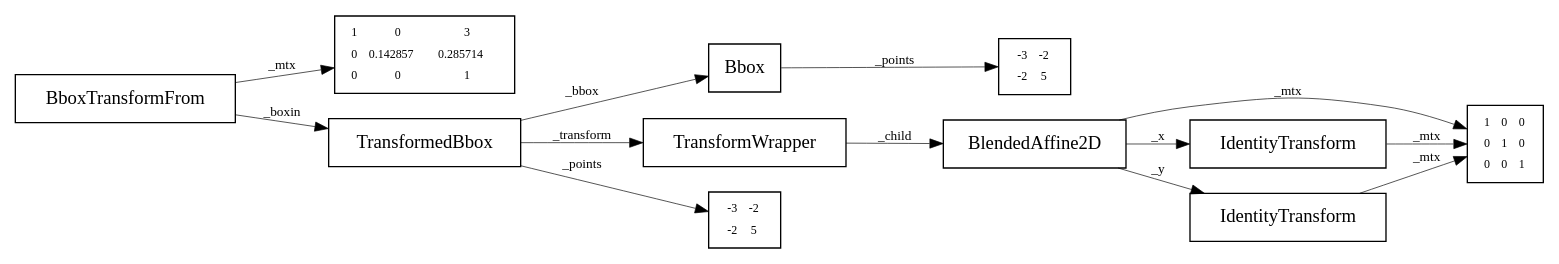
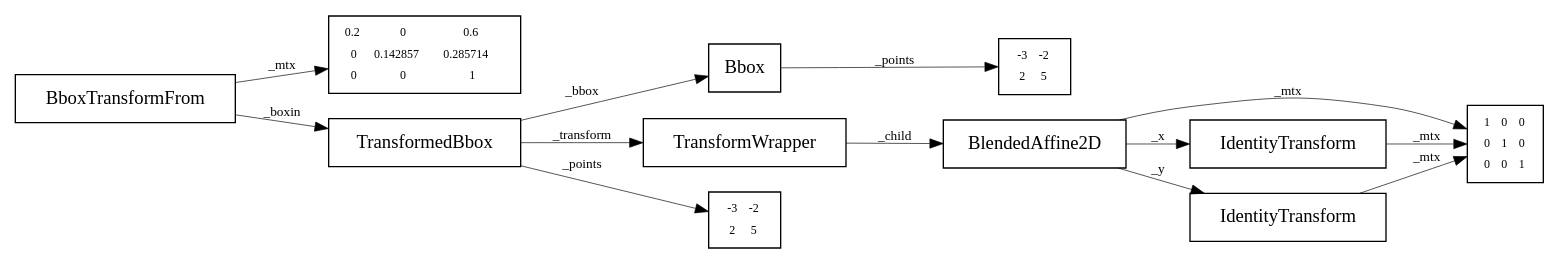
One commit to id0ma1no/ug-python changed the diagram in py-scientific-computing/04-matplotlib/data/transLimits.dot. Above: the diagram before and after it, drawn with Graphviz. The commit also changed 6 other files, not shown here.

```diff
--- a/py-scientific-computing/04-matplotlib/data/transLimits.dot
+++ b/py-scientific-computing/04-matplotlib/data/transLimits.dot
@@ -1,28 +1,28 @@
 digraph structs {
 rankdir="LR";        
 node [shape=record,style=filled];
 edge [fontsize=10, penwidth=0.5];
-obj_3210794188024[label="BboxTransformFrom",fillcolor=white];
-obj_3210811642224[label=<<table border="0"><tr><td>1</td><td>0</td><td>3</td></tr><tr><td>0</td><td>0.142857</td><td>0.285714</td></tr><tr><td>0</td><td>0</td><td>1</td></tr></table>>,fillcolor=white, fontsize=9];
-obj_3210794188024 -> obj_3210811642224[label="_mtx",style=solid];
-obj_3210794188080[label="TransformedBbox",fillcolor=white];
-obj_3210794187800[label="Bbox",fillcolor=white];
-obj_3210794183696[label=<<table border="0"><tr><td>-3</td><td>-2</td></tr><tr><td>-2</td><td>5</td></tr></table>>,fillcolor=white, fontsize=9];
-obj_3210794187800 -> obj_3210794183696[label="_points",style=solid];
-obj_3210794188080 -> obj_3210794187800[label="_bbox",style=solid];
-obj_3210794188248[label="TransformWrapper",fillcolor=white];
-obj_3210794146840[label="BlendedAffine2D",fillcolor=white];
-obj_3210707263616[label=<<table border="0"><tr><td>1</td><td>0</td><td>0</td></tr><tr><td>0</td><td>1</td><td>0</td></tr><tr><td>0</td><td>0</td><td>1</td></tr></table>>,fillcolor=white, fontsize=9];
-obj_3210794146840 -> obj_3210707263616[label="_mtx",style=solid];
-obj_3210794145776[label="IdentityTransform",fillcolor=white];
-obj_3210794145776 -> obj_3210707263616[label="_mtx",style=solid];
-obj_3210794146840 -> obj_3210794145776[label="_x",style=solid];
-obj_3210794146392[label="IdentityTransform",fillcolor=white];
-obj_3210794146392 -> obj_3210707263616[label="_mtx",style=solid];
-obj_3210794146840 -> obj_3210794146392[label="_y",style=solid];
-obj_3210794188248 -> obj_3210794146840[label="_child",style=solid];
-obj_3210794188080 -> obj_3210794188248[label="_transform",style=solid];
-obj_3210811986448[label=<<table border="0"><tr><td>-3</td><td>-2</td></tr><tr><td>-2</td><td>5</td></tr></table>>,fillcolor=white, fontsize=9];
-obj_3210794188080 -> obj_3210811986448[label="_points",style=solid];
-obj_3210794188024 -> obj_3210794188080[label="_boxin",style=solid];
+obj_1488601631432[label="BboxTransformFrom",fillcolor=white];
+obj_1488604249664[label=<<table border="0"><tr><td>0.2</td><td>0</td><td>0.6</td></tr><tr><td>0</td><td>0.142857</td><td>0.285714</td></tr><tr><td>0</td><td>0</td><td>1</td></tr></table>>,fillcolor=white, fontsize=9];
+obj_1488601631432 -> obj_1488604249664[label="_mtx",style=solid];
+obj_1488601632384[label="TransformedBbox",fillcolor=white];
+obj_1488601630088[label="Bbox",fillcolor=white];
+obj_1488602149152[label=<<table border="0"><tr><td>-3</td><td>-2</td></tr><tr><td>2</td><td>5</td></tr></table>>,fillcolor=white, fontsize=9];
+obj_1488601630088 -> obj_1488602149152[label="_points",style=solid];
+obj_1488601632384 -> obj_1488601630088[label="_bbox",style=solid];
+obj_1488601628800[label="TransformWrapper",fillcolor=white];
+obj_1488600617760[label="BlendedAffine2D",fillcolor=white];
+obj_1488490622688[label=<<table border="0"><tr><td>1</td><td>0</td><td>0</td></tr><tr><td>0</td><td>1</td><td>0</td></tr><tr><td>0</td><td>0</td><td>1</td></tr></table>>,fillcolor=white, fontsize=9];
+obj_1488600617760 -> obj_1488490622688[label="_mtx",style=solid];
+obj_1488600619608[label="IdentityTransform",fillcolor=white];
+obj_1488600619608 -> obj_1488490622688[label="_mtx",style=solid];
+obj_1488600617760 -> obj_1488600619608[label="_x",style=solid];
+obj_1488600619832[label="IdentityTransform",fillcolor=white];
+obj_1488600619832 -> obj_1488490622688[label="_mtx",style=solid];
+obj_1488600617760 -> obj_1488600619832[label="_y",style=solid];
+obj_1488601628800 -> obj_1488600617760[label="_child",style=solid];
+obj_1488601632384 -> obj_1488601628800[label="_transform",style=solid];
+obj_1488605206288[label=<<table border="0"><tr><td>-3</td><td>-2</td></tr><tr><td>2</td><td>5</td></tr></table>>,fillcolor=white, fontsize=9];
+obj_1488601632384 -> obj_1488605206288[label="_points",style=solid];
+obj_1488601631432 -> obj_1488601632384[label="_boxin",style=solid];
 }
```
